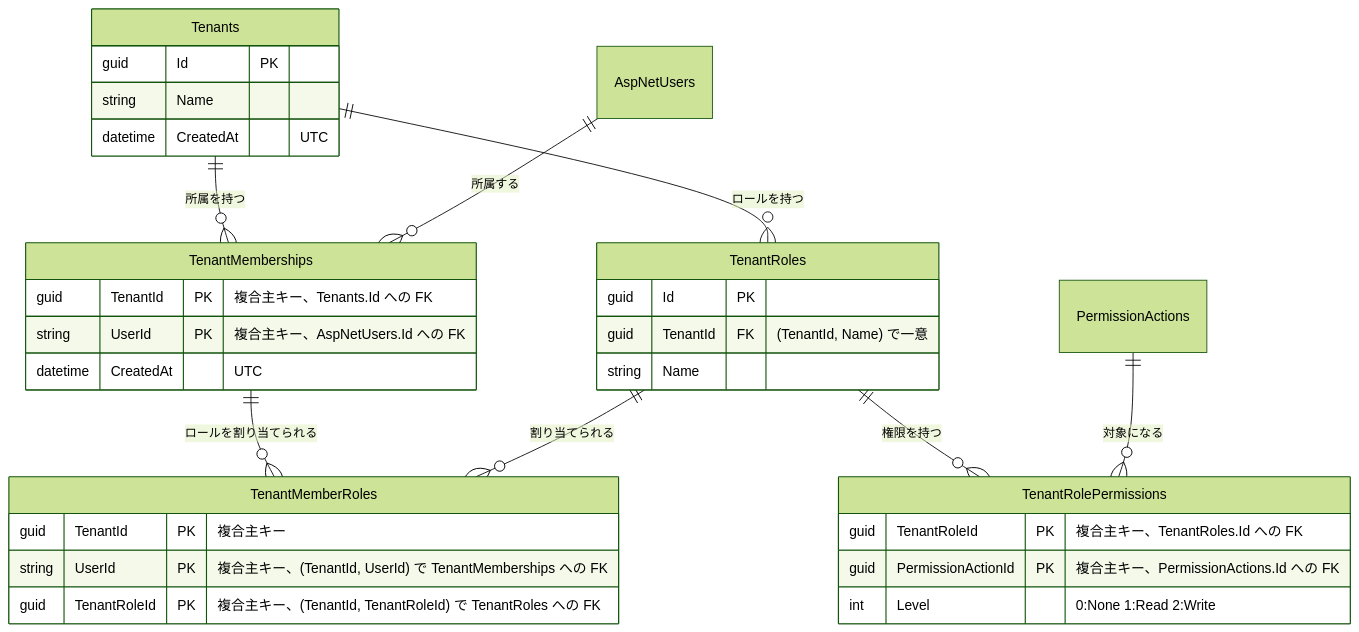
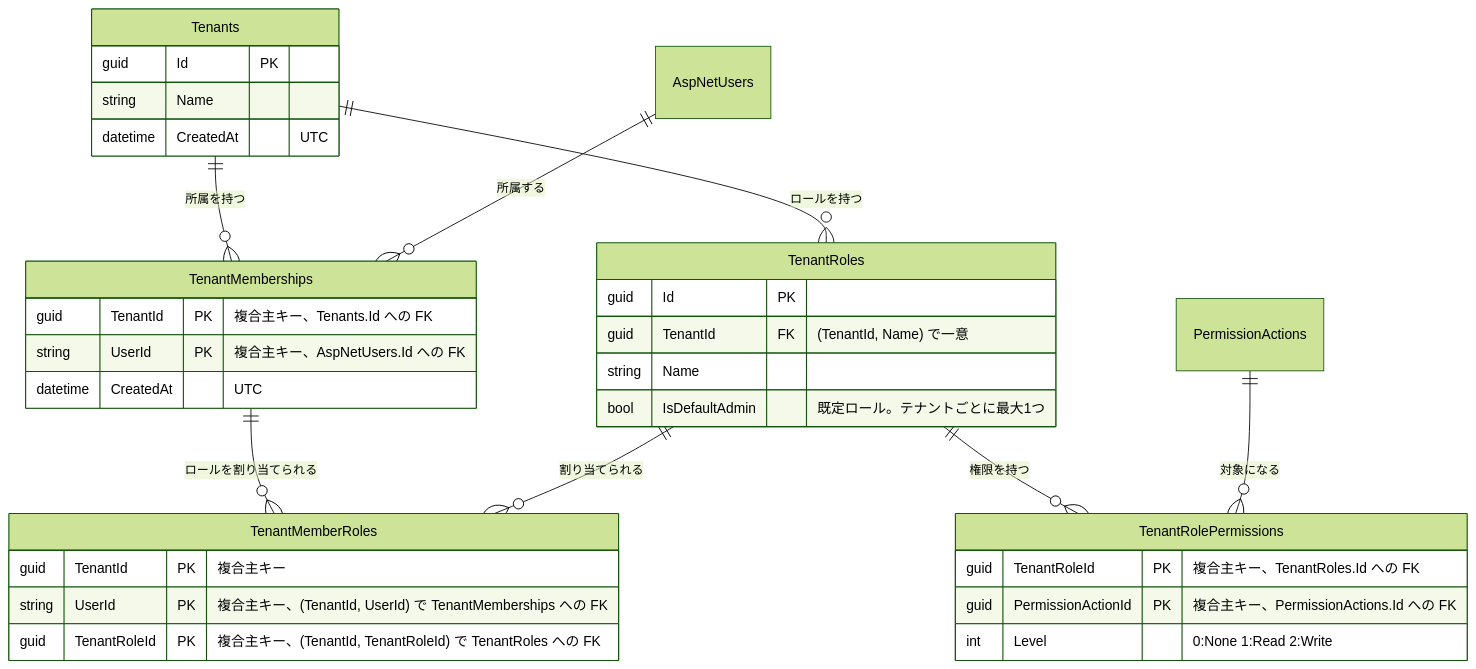
The diagram in docs/features/tenants.md (org-gbz3/try-svelte), drawn with Mermaid (forest theme) before and after one commit. The commit also changed other lines of this file and 29 other files, not shown here.

````diff
--- a/docs/features/tenants.md
+++ b/docs/features/tenants.md
@@ -14,36 +16,37 @@
 ```mermaid
 erDiagram
     Tenants ||--o{ TenantMemberships : "所属を持つ"
     AspNetUsers ||--o{ TenantMemberships : "所属する"
     Tenants ||--o{ TenantRoles : "ロールを持つ"
     TenantMemberships ||--o{ TenantMemberRoles : "ロールを割り当てられる"
     TenantRoles ||--o{ TenantMemberRoles : "割り当てられる"
     TenantRoles ||--o{ TenantRolePermissions : "権限を持つ"
     PermissionActions ||--o{ TenantRolePermissions : "対象になる"
 
     Tenants {
         guid Id PK
         string Name
         datetime CreatedAt "UTC"
     }
     TenantMemberships {
         guid TenantId PK "複合主キー、Tenants.Id への FK"
         string UserId PK "複合主キー、AspNetUsers.Id への FK"
         datetime CreatedAt "UTC"
     }
     TenantRoles {
         guid Id PK
         guid TenantId FK "(TenantId, Name) で一意"
         string Name
+        bool IsDefaultAdmin "既定ロール。テナントごとに最大1つ"
     }
     TenantMemberRoles {
         guid TenantId PK "複合主キー"
         string UserId PK "複合主キー、(TenantId, UserId) で TenantMemberships への FK"
         guid TenantRoleId PK "複合主キー、(TenantId, TenantRoleId) で TenantRoles への FK"
     }
     TenantRolePermissions {
         guid TenantRoleId PK "複合主キー、TenantRoles.Id への FK"
         guid PermissionActionId PK "複合主キー、PermissionActions.Id への FK"
         int Level "0:None 1:Read 2:Write"
     }
 ```
````
